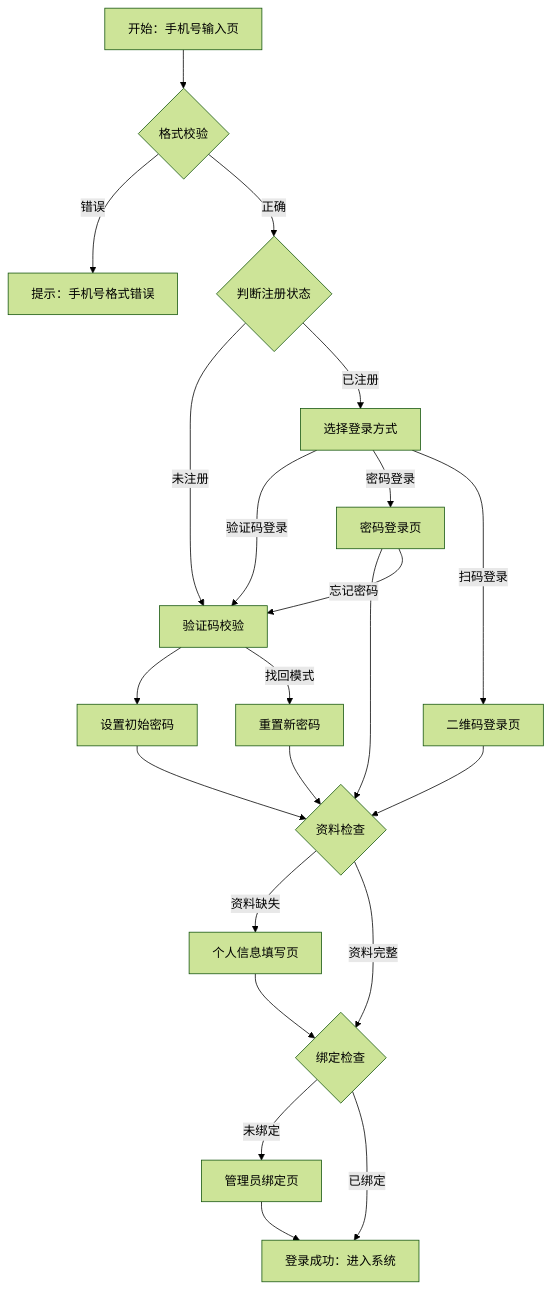
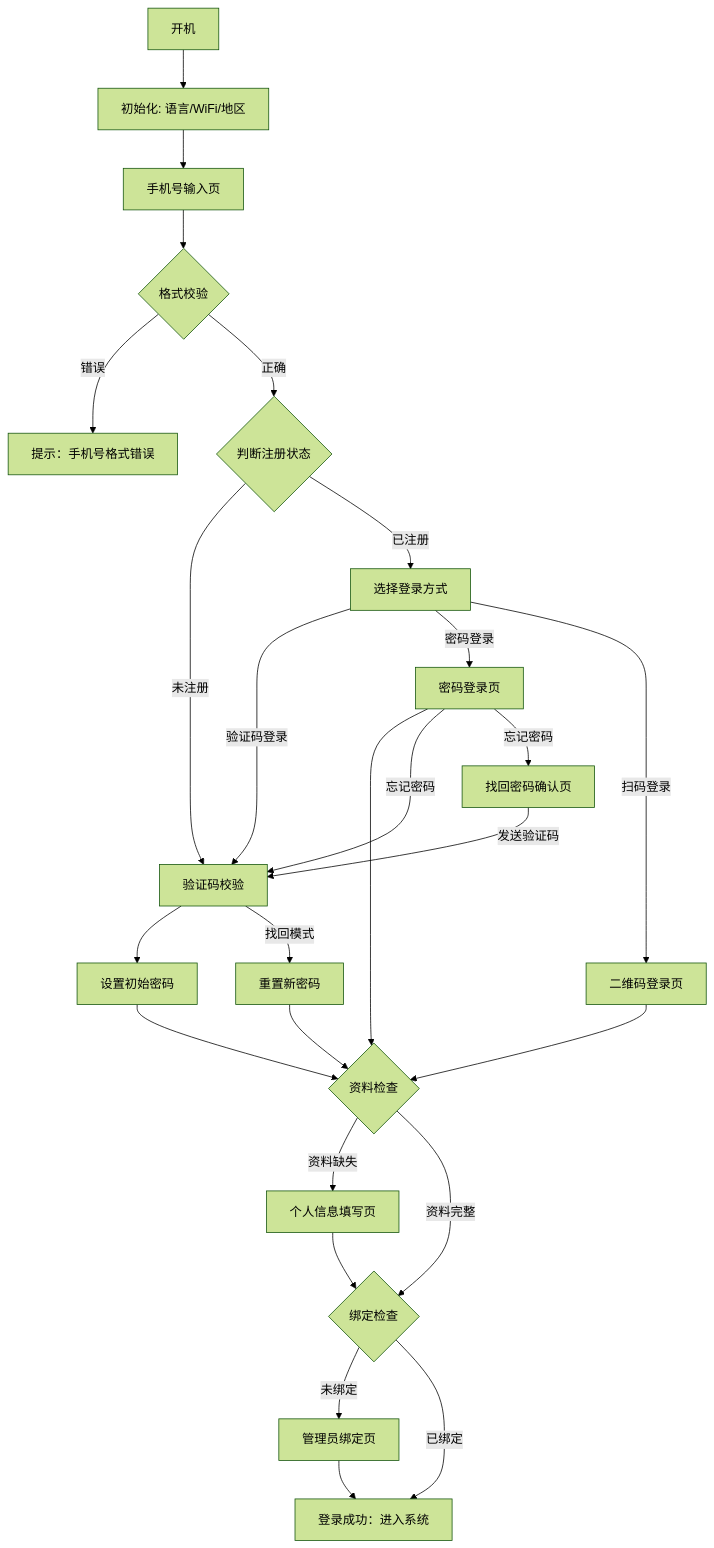
The diagram in 注册登录/手机号注册登录_国内版（设备端）.md (dapitou/AI-Coach), drawn with Mermaid (forest theme) before and after one commit. The commit also changed other lines of this file and 1 other file, not shown here.

````diff
--- a/注册登录/手机号注册登录_国内版（设备端）.md
+++ b/注册登录/手机号注册登录_国内版（设备端）.md
@@ -36,30 +39,34 @@
 ```mermaid
 graph TD
-    A[开始：手机号输入页] --> B{格式校验}
+    Start[开机] --> Init[初始化: 语言/WiFi/地区]
+    Init --> A[手机号输入页]
+    A --> B{格式校验}
     B -- 错误 --> C[提示：手机号格式错误]
     B -- 正确 --> D{判断注册状态}
     
     D -- 未注册 --> E[验证码校验]
     E --> F[设置初始密码]
     F --> G{资料检查}
     
     D -- 已注册 --> H[选择登录方式]
     H -- 验证码登录 --> E
     H -- 密码登录 --> I[密码登录页]
     H -- 扫码登录 --> J[二维码登录页]
     
     I --> G
     J --> G
     
     G -- 资料缺失 --> K[个人信息填写页]
     K --> L{绑定检查}
     G -- 资料完整 --> L
     
     L -- 未绑定 --> M[管理员绑定页]
     M --> N[登录成功：进入系统]
     L -- 已绑定 --> N
     
     I -- 忘记密码 --> E
+    I -- 忘记密码 --> FP[找回密码确认页]
+    FP -- 发送验证码 --> E
     E -- 找回模式 --> O[重置新密码]
     O --> G
 ```
````
